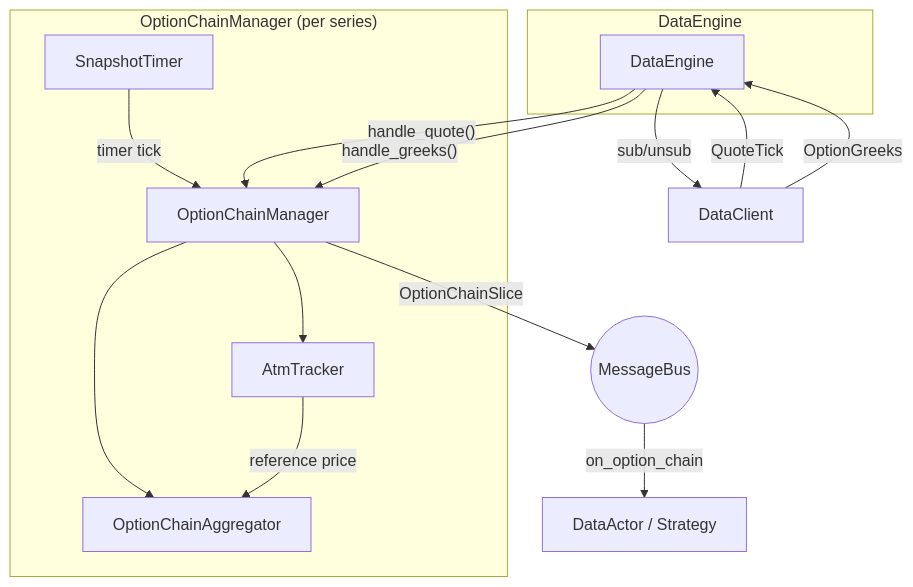
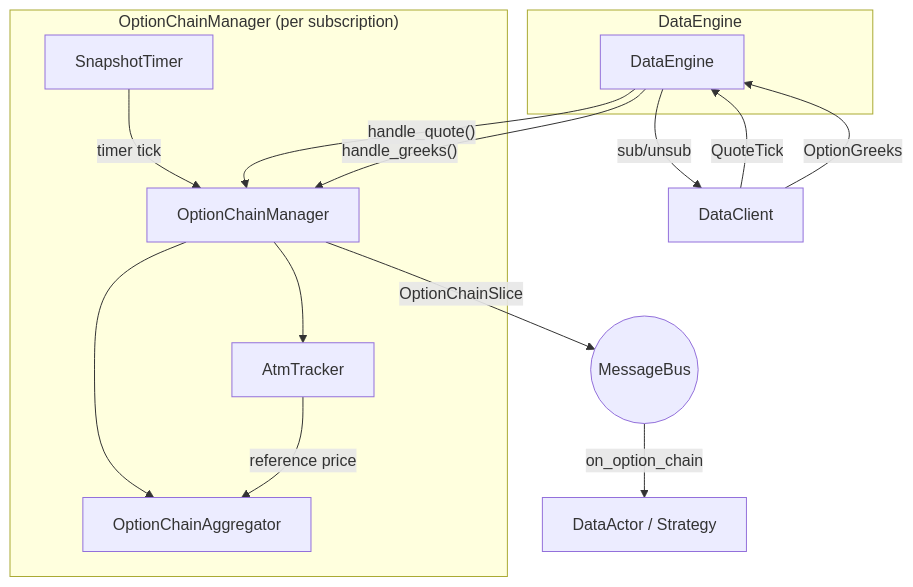
Before and after one commit to nautechsystems/nautilus_trader: the diagram in docs/concepts/options.md, drawn with Mermaid. The commit also changed other lines of this file and 17 other files, not shown here.

First line of the commit message:
Isolate option-chain subscription ownership

````diff
--- a/docs/concepts/options.md
+++ b/docs/concepts/options.md
@@ -415,25 +438,25 @@
 ```mermaid
 flowchart TD
     subgraph DataEngine
         DE[DataEngine]
     end
 
-    subgraph "OptionChainManager (per series)"
+    subgraph "OptionChainManager (per subscription)"
         MGR[OptionChainManager]
         AGG[OptionChainAggregator]
         ATM[AtmTracker]
         TMR[SnapshotTimer]
     end
 
     DC[DataClient] -- QuoteTick --> DE
     DC -- OptionGreeks --> DE
     DE -- "handle_quote()" --> MGR
     DE -- "handle_greeks()" --> MGR
     MGR --> AGG
     MGR --> ATM
     ATM -- "reference price" --> AGG
     TMR -- "timer tick" --> MGR
     MGR -- "OptionChainSlice" --> MB((MessageBus))
     MB -- "on_option_chain" --> S[DataActor / Strategy]
     DE -- "sub/unsub" --> DC
 ```
````
